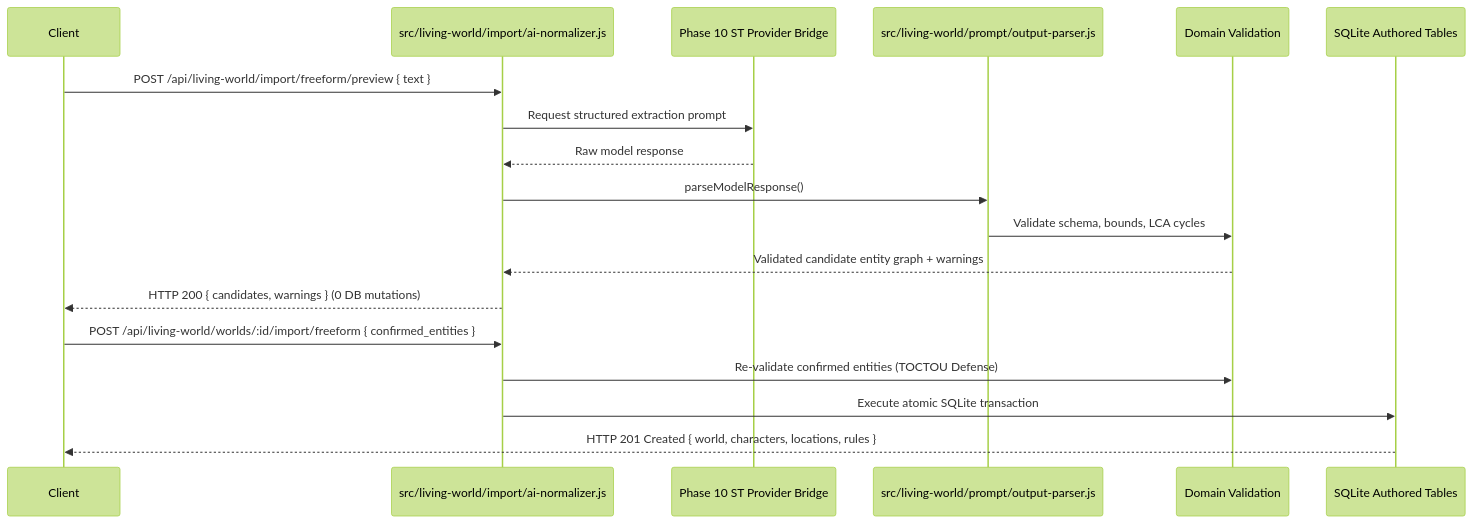
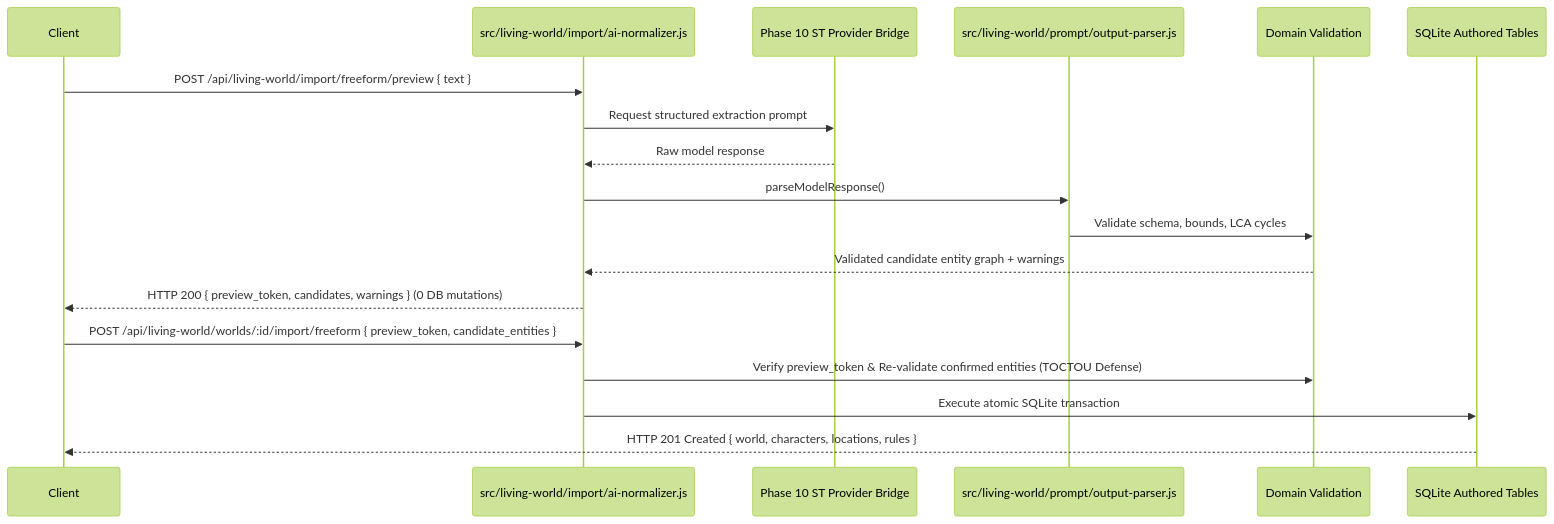
One commit to DaviPiyu148/SillyTavern changed the second of 2 diagrams in docs/living-world/PHASE_11_PLAN.md. Above: the diagram before and after it, drawn with Mermaid (forest theme). The commit also changed other lines of this file, not shown here.

````diff
--- a/docs/living-world/PHASE_11_PLAN.md
+++ b/docs/living-world/PHASE_11_PLAN.md
@@ -408,22 +428,22 @@
 ```mermaid
 sequenceDiagram
     participant Client
     participant AI_Normalizer as src/living-world/import/ai-normalizer.js
     participant ST_Bridge as Phase 10 ST Provider Bridge
     participant Parser as src/living-world/prompt/output-parser.js
     participant Validator as Domain Validation
     participant DB as SQLite Authored Tables
 
     Client->>AI_Normalizer: POST /api/living-world/import/freeform/preview { text }
     AI_Normalizer->>ST_Bridge: Request structured extraction prompt
     ST_Bridge-->>AI_Normalizer: Raw model response
     AI_Normalizer->>Parser: parseModelResponse()
     Parser->>Validator: Validate schema, bounds, LCA cycles
     Validator-->>AI_Normalizer: Validated candidate entity graph + warnings
-    AI_Normalizer-->>Client: HTTP 200 { candidates, warnings } (0 DB mutations)
+    AI_Normalizer-->>Client: HTTP 200 { preview_token, candidates, warnings } (0 DB mutations)
     
-    Client->>AI_Normalizer: POST /api/living-world/worlds/:id/import/freeform { confirmed_entities }
-    AI_Normalizer->>Validator: Re-validate confirmed entities (TOCTOU Defense)
+    Client->>AI_Normalizer: POST /api/living-world/worlds/:id/import/freeform { preview_token, candidate_entities }
+    AI_Normalizer->>Validator: Verify preview_token & Re-validate confirmed entities (TOCTOU Defense)
     AI_Normalizer->>DB: Execute atomic SQLite transaction
     DB-->>Client: HTTP 201 Created { world, characters, locations, rules }
 ```
````
